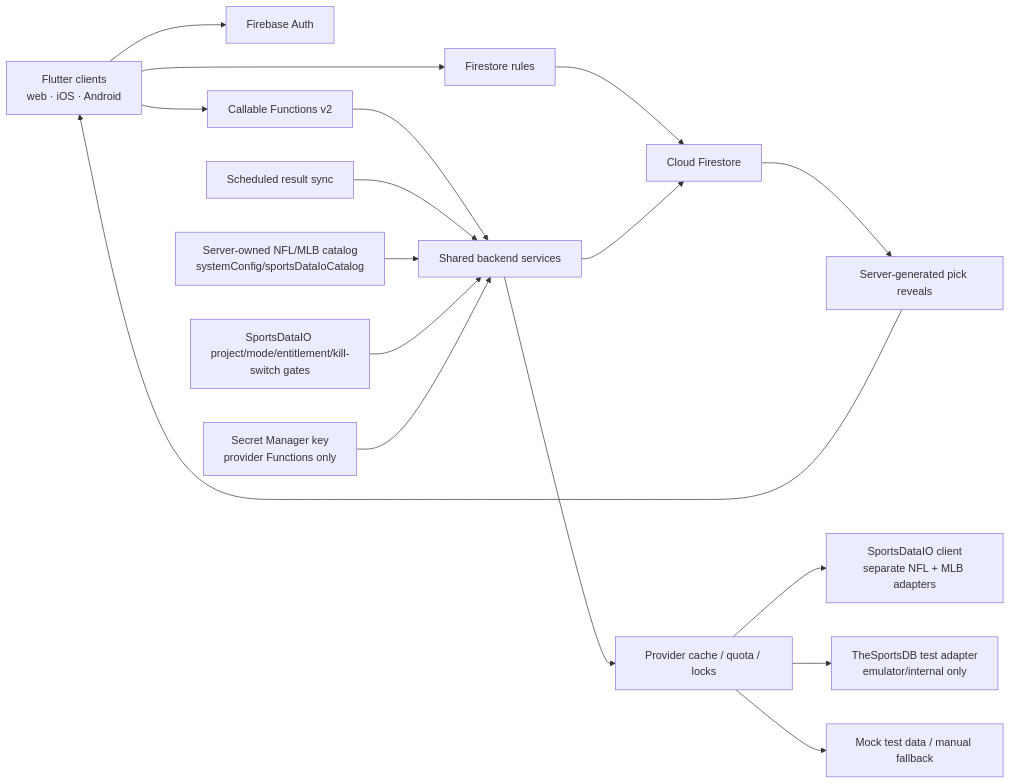
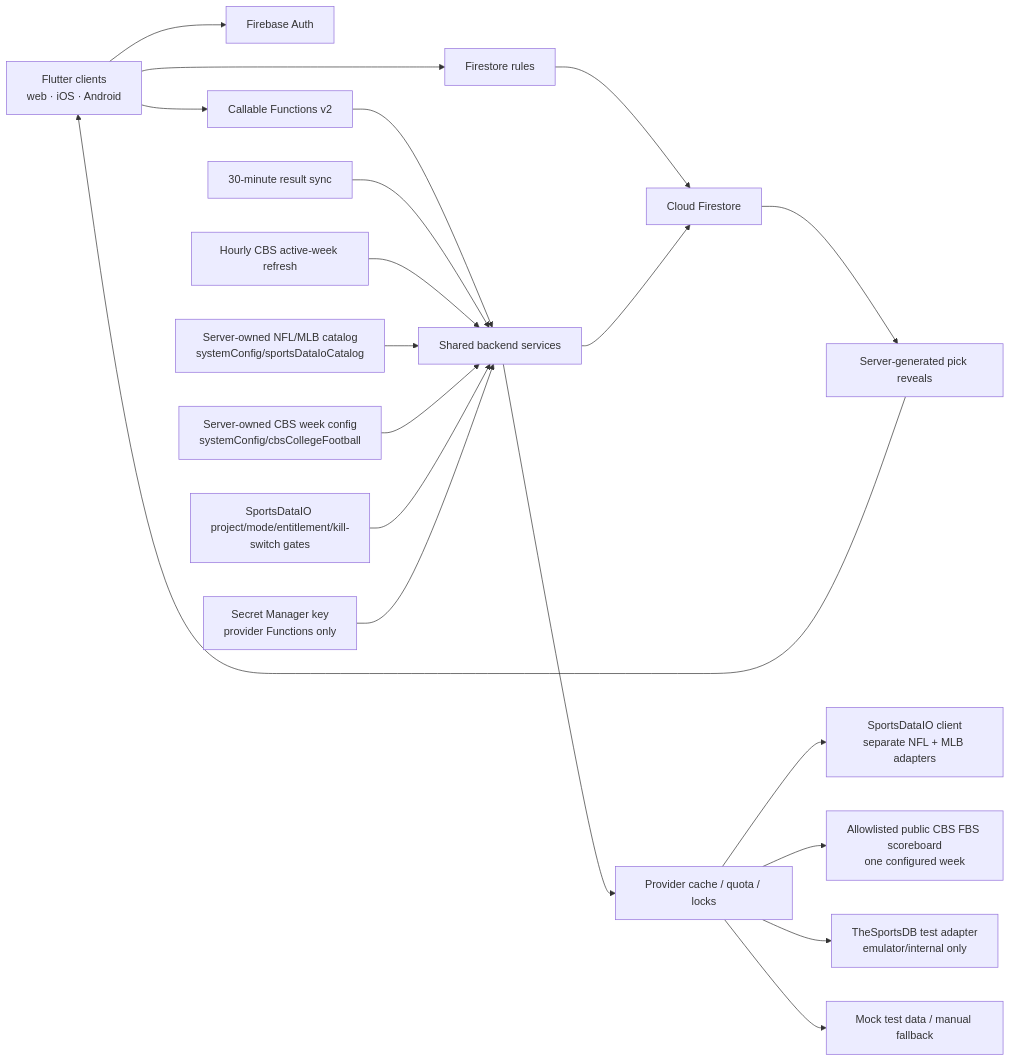
The diagram in docs/architecture.md (mleikam1/lukespics), drawn with Mermaid before and after one commit. The commit also changed other lines of this file and 40 other files, not shown here.

Commit message:
feat: add guarded CBS college football schedules

````diff
--- a/docs/architecture.md
+++ b/docs/architecture.md
@@ -5,19 +5,22 @@
 ```mermaid
 flowchart LR
   Client["Flutter clients<br/>web · iOS · Android"] --> Auth["Firebase Auth"]
   Client --> Rules["Firestore rules"]
   Rules --> Firestore["Cloud Firestore"]
   Client --> Callables["Callable Functions v2"]
   Callables --> Services["Shared backend services"]
-  Scheduler["Scheduled result sync"] --> Services
+  Scheduler["30-minute result sync"] --> Services
+  CbsScheduler["Hourly CBS active-week refresh"] --> Services
   Services --> Firestore
   Config["Server-owned NFL/MLB catalog<br/>systemConfig/sportsDataIoCatalog"] --> Services
+  CbsConfig["Server-owned CBS week config<br/>systemConfig/cbsCollegeFootball"] --> Services
   Gate["SportsDataIO project/mode/entitlement/kill-switch gates"] --> Services
   Secret["Secret Manager key<br/>provider Functions only"] --> Services
   Services --> Cache["Provider cache / quota / locks"]
   Cache --> Provider["SportsDataIO client<br/>separate NFL + MLB adapters"]
+  Cache --> CBS["Allowlisted public CBS FBS scoreboard<br/>one configured week"]
   Cache --> Internal["TheSportsDB test adapter<br/>emulator/internal only"]
   Cache --> Fallback["Mock test data / manual fallback"]
   Firestore --> Reveals["Server-generated pick reveals"]
   Reveals --> Client
 ```
````
